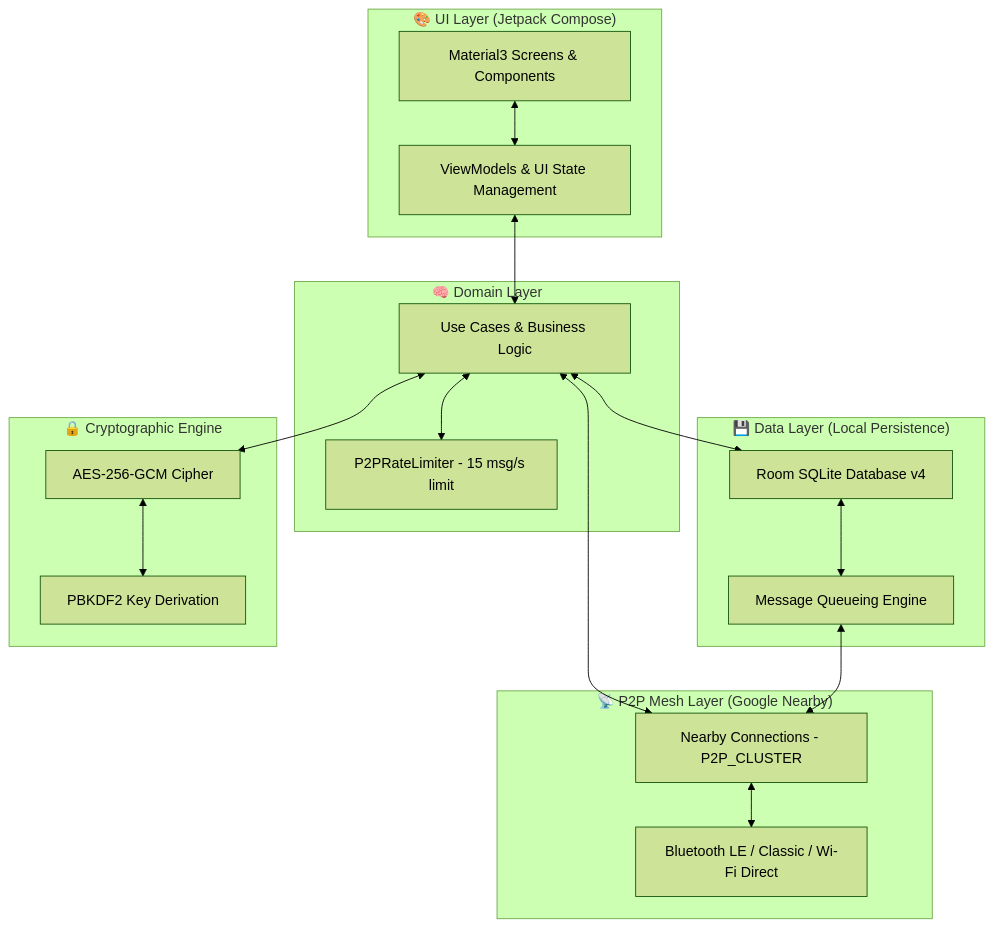
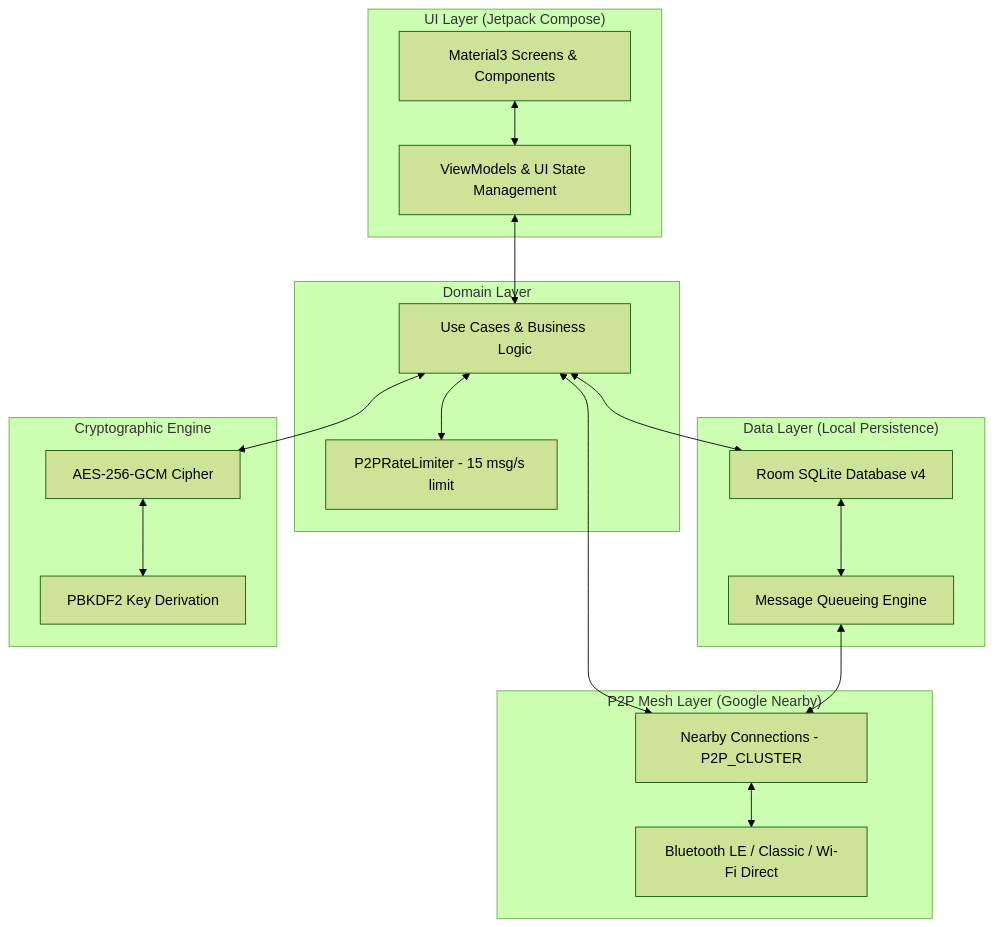
One commit to AmritRai1234/P2Chat changed the diagram in README.md. Above: the diagram before and after it, drawn with Mermaid (forest theme). The commit also changed other lines of this file, not shown here.

````diff
--- a/README.md
+++ b/README.md
@@ -106,38 +106,38 @@
 ```mermaid
 flowchart TD
-    subgraph UI_Layer["🎨 UI Layer (Jetpack Compose)"]
+    subgraph UI_Layer["UI Layer (Jetpack Compose)"]
         UI[Material3 Screens & Components]
         VM[ViewModels & UI State Management]
     end
 
-    subgraph Domain_Layer["🧠 Domain Layer"]
+    subgraph Domain_Layer["Domain Layer"]
         UC[Use Cases & Business Logic]
         RL[P2PRateLimiter - 15 msg/s limit]
     end
 
-    subgraph Data_Layer["💾 Data Layer (Local Persistence)"]
+    subgraph Data_Layer["Data Layer (Local Persistence)"]
         RoomDB[Room SQLite Database v4]
         Queue[Message Queueing Engine]
     end
 
-    subgraph Crypto_Layer["🔒 Cryptographic Engine"]
+    subgraph Crypto_Layer["Cryptographic Engine"]
         AES[AES-256-GCM Cipher]
         KDF[PBKDF2 Key Derivation]
     end
 
-    subgraph Radio_Layer["📡 P2P Mesh Layer (Google Nearby)"]
+    subgraph Radio_Layer["P2P Mesh Layer (Google Nearby)"]
         NC[Nearby Connections - P2P_CLUSTER]
         BT[Bluetooth LE / Classic / Wi-Fi Direct]
     end
 
     UI <--> VM
     VM <--> UC
     UC <--> RoomDB
     UC <--> RL
     UC <--> AES
     AES <--> KDF
     UC <--> NC
     NC <--> BT
     RoomDB <--> Queue
     Queue <--> NC
 ```
````
